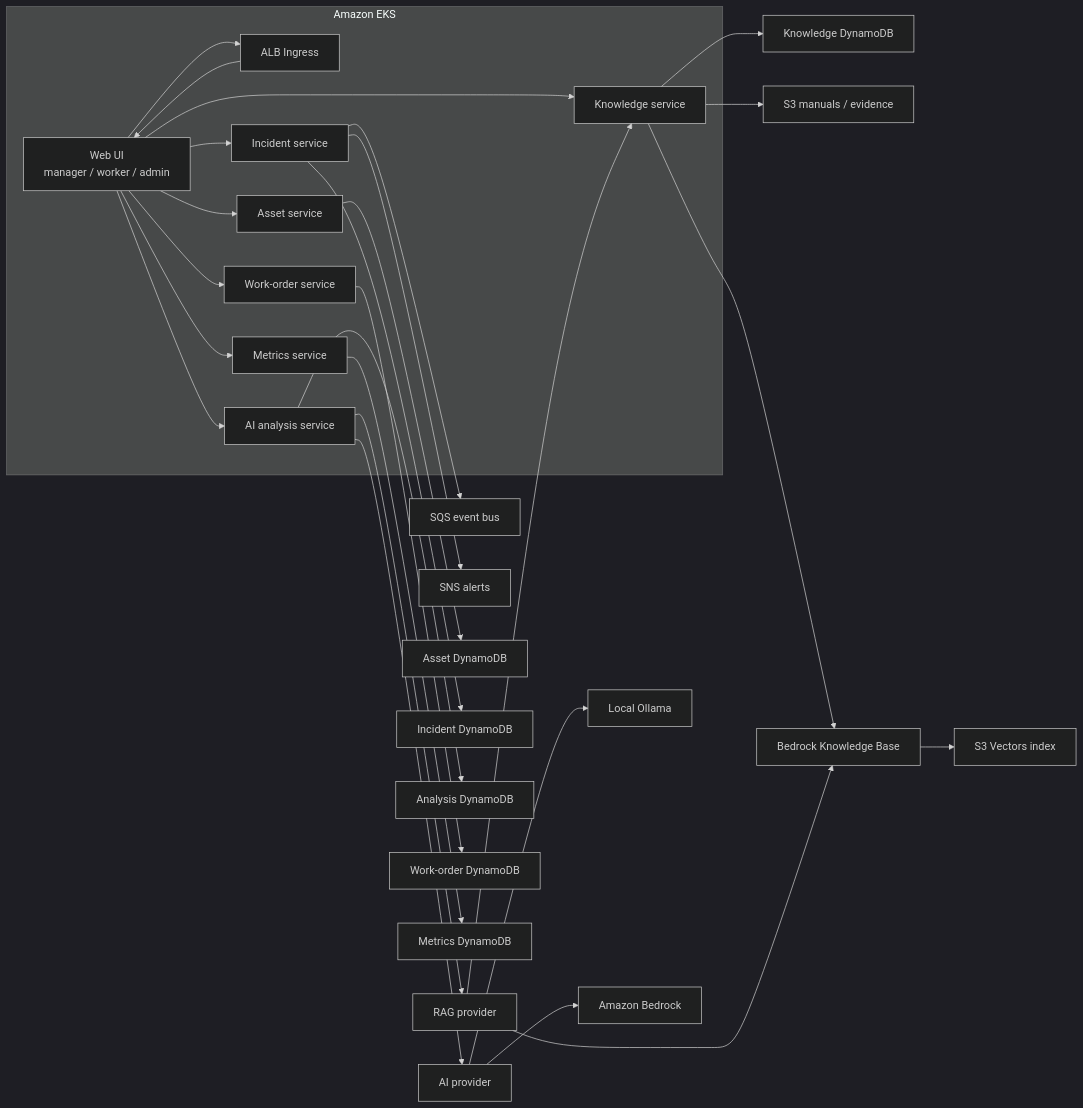
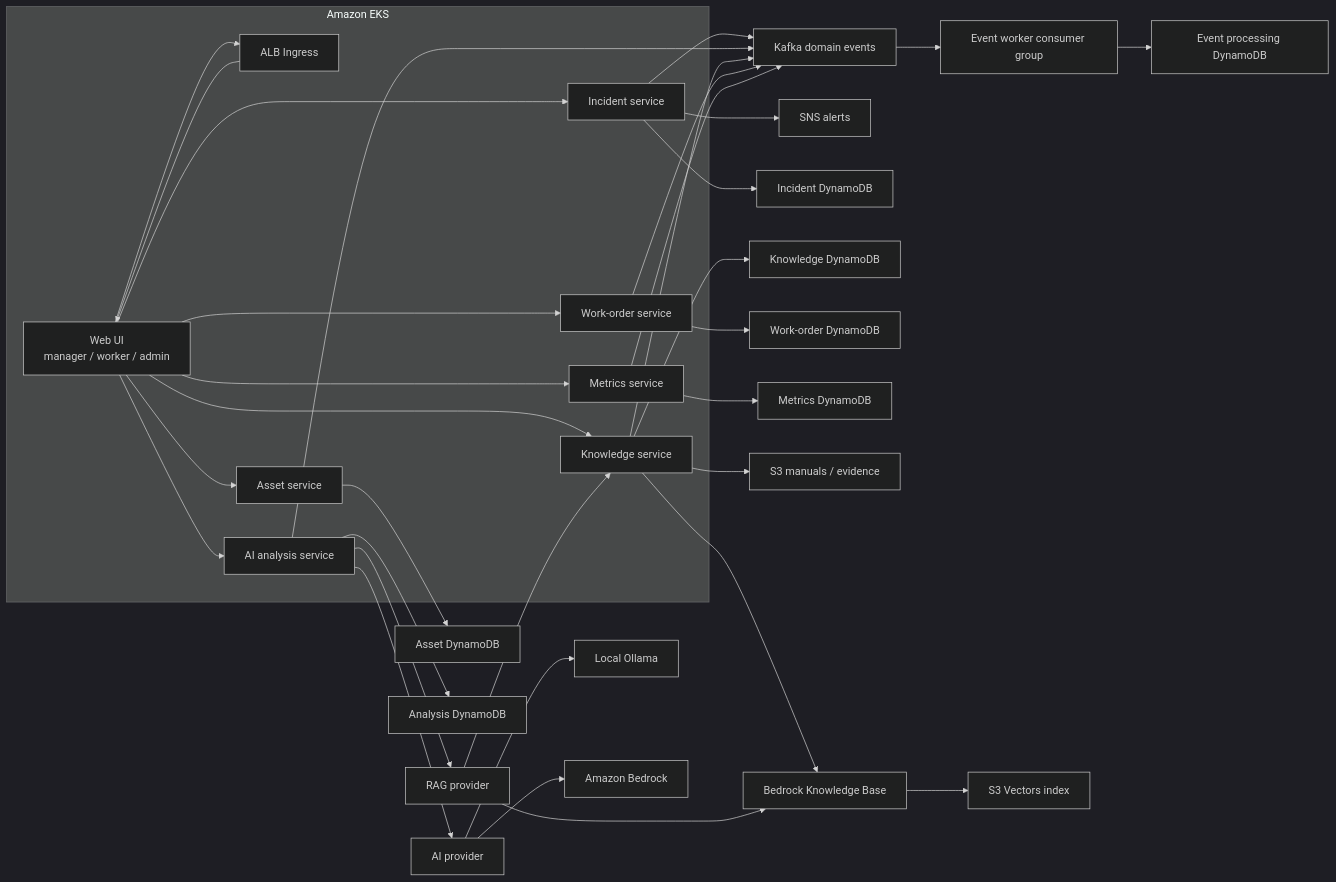
Before and after one commit to choiseongjun/AX-sentinel: the first of 2 diagrams in docs/architecture.md, drawn with Mermaid (dark theme). The commit also changed other lines of this file and 18 other files, not shown here.

Commit message:
Run domain events through Kafka

````diff
--- a/docs/architecture.md
+++ b/docs/architecture.md
@@ -21,41 +21,47 @@
 ```mermaid
 flowchart LR
     UI["Web UI<br/>manager / worker / admin"] --> ALB["ALB Ingress"]
     ALB --> UI
     UI --> AS["Asset service"]
     UI --> IS["Incident service"]
     UI --> AI["AI analysis service"]
     UI --> KS["Knowledge service"]
     UI --> WO["Work-order service"]
     UI --> MS["Metrics service"]
 
-    IS --> Q["SQS event bus"]
+    IS --> K["Kafka domain events"]
+    AI --> K
+    KS --> K
+    WO --> K
+    MS --> K
+    K --> EW["Event worker consumer group"]
+    EW --> EDB["Event processing DynamoDB"]
     IS --> N["SNS alerts"]
     AS --> ADB["Asset DynamoDB"]
     IS --> IDB["Incident DynamoDB"]
     AI --> ANDB["Analysis DynamoDB"]
     KS --> KDB["Knowledge DynamoDB"]
     WO --> WDB["Work-order DynamoDB"]
     MS --> MDB["Metrics DynamoDB"]
 
     KS --> S3["S3 manuals / evidence"]
     KS --> KB["Bedrock Knowledge Base"]
     KB --> VS["S3 Vectors index"]
     AI --> RAG["RAG provider"]
     RAG --> KS
     RAG --> KB
     AI --> LLM["AI provider"]
     LLM --> OL["Local Ollama"]
     LLM --> BR["Amazon Bedrock"]
 
     subgraph EKS["Amazon EKS"]
         ALB
         AS
         IS
         AI
         KS
         WO
         MS
         UI
     end
 ```
````
